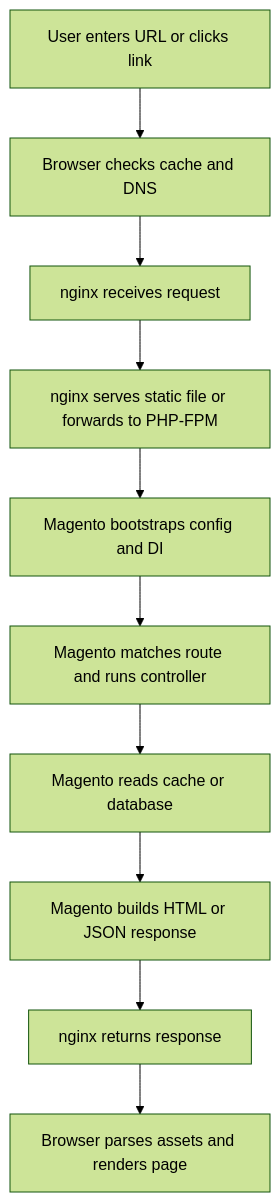
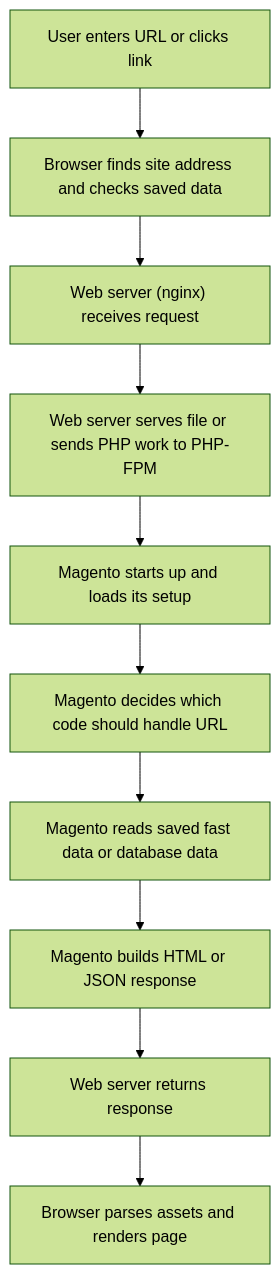
One commit to jambardnishvili/web-dev-magento-learning changed the diagram in docs/01-web-foundations/how-the-web-works-end-to-end.md. Above: the diagram before and after it, drawn with Mermaid (forest theme). The commit also changed other lines of this file and 5 other files, not shown here.

````diff
--- a/docs/01-web-foundations/how-the-web-works-end-to-end.md
+++ b/docs/01-web-foundations/how-the-web-works-end-to-end.md
@@ -7,15 +10,15 @@
 ```mermaid
 flowchart TB
     A["User enters URL or clicks link"]
-    B["Browser checks cache and DNS"]
-    C["nginx receives request"]
-    D["nginx serves static file or forwards to PHP-FPM"]
-    E["Magento bootstraps config and DI"]
-    F["Magento matches route and runs controller"]
-    G["Magento reads cache or database"]
+    B["Browser finds site address and checks saved data"]
+    C["Web server (nginx) receives request"]
+    D["Web server serves file or sends PHP work to PHP-FPM"]
+    E["Magento starts up and loads its setup"]
+    F["Magento decides which code should handle URL"]
+    G["Magento reads saved fast data or database data"]
     H["Magento builds HTML or JSON response"]
-    I["nginx returns response"]
+    I["Web server returns response"]
     J["Browser parses assets and renders page"]
 
     A --> B --> C --> D --> E --> F --> G --> H --> I --> J
 ```
````
